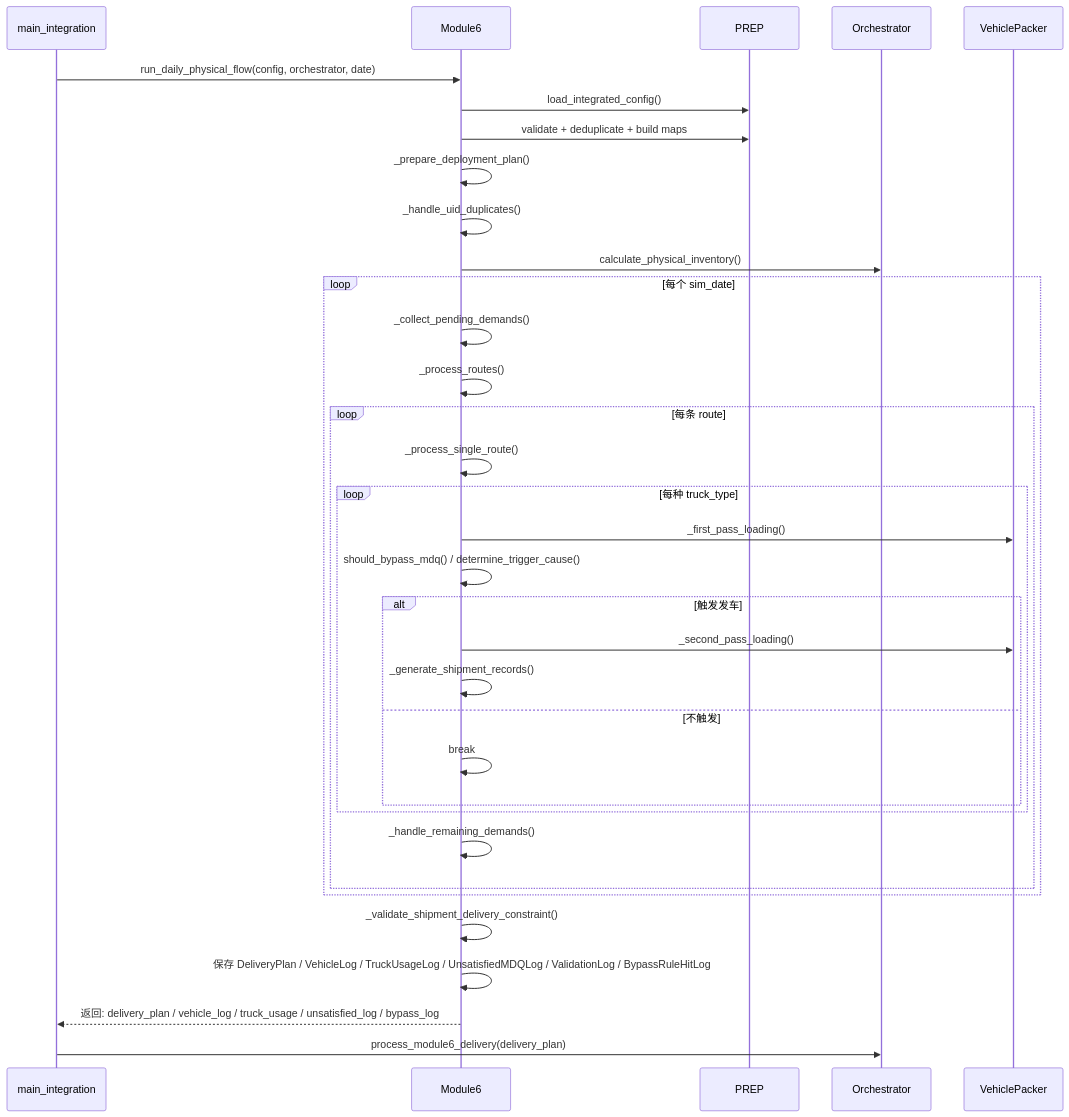
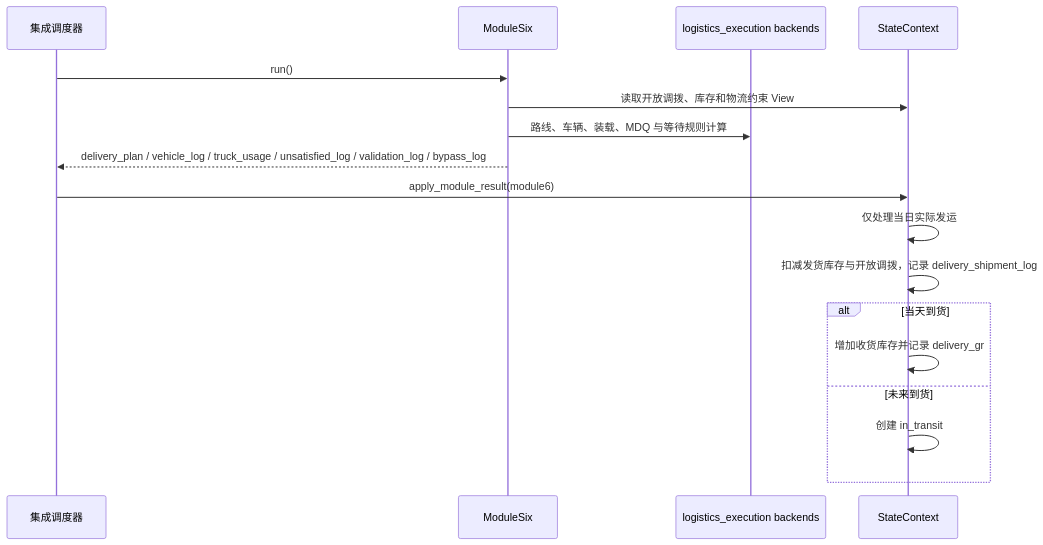
The seventh of 9 diagrams in docs/architecture/module_sequence_diagrams.md (senzhang-ps/chainsight), drawn with Mermaid before and after one commit. The commit also changed other lines of this file and 14 other files, not shown here.

````diff
--- a/docs/architecture/module_sequence_diagrams.md
+++ b/docs/architecture/module_sequence_diagrams.md
@@ -246,42 +214,20 @@
 ```mermaid
 sequenceDiagram
-    participant MAIN as main_integration
-    participant M6 as Module6
-    participant PREP as PREP
-    participant ORC as Orchestrator
-    participant PACK as VehiclePacker
+    participant I as 集成调度器
+    participant M6 as ModuleSix
+    participant B as logistics_execution backends
+    participant S as StateContext
 
-    MAIN->>M6: run_daily_physical_flow(config, orchestrator, date)
-    M6->>PREP: load_integrated_config()
-    M6->>PREP: validate + deduplicate + build maps
-    M6->>M6: _prepare_deployment_plan()
-    M6->>M6: _handle_uid_duplicates()
-    M6->>ORC: calculate_physical_inventory()
-
-    loop 每个 sim_date
-        M6->>M6: _collect_pending_demands()
-        M6->>M6: _process_routes()
-
-        loop 每条 route
-            M6->>M6: _process_single_route()
-
-            loop 每种 truck_type
-                M6->>PACK: _first_pass_loading()
-                M6->>M6: should_bypass_mdq() / determine_trigger_cause()
-                alt 触发发车
-                    M6->>PACK: _second_pass_loading()
-                    M6->>M6: _generate_shipment_records()
-                else 不触发
-                    M6->>M6: break
-                end
-            end
-
-            M6->>M6: _handle_remaining_demands()
-        end
+    I->>M6: run()
+    M6->>S: 读取开放调拨、库存和物流约束 View
+    M6->>B: 路线、车辆、装载、MDQ 与等待规则计算
+    M6-->>I: delivery_plan / vehicle_log / truck_usage / unsatisfied_log / validation_log / bypass_log
+    I->>S: apply_module_result(module6)
+    S->>S: 仅处理当日实际发运
+    S->>S: 扣减发货库存与开放调拨，记录 delivery_shipment_log
+    alt 当天到货
+        S->>S: 增加收货库存并记录 delivery_gr
+    else 未来到货
+        S->>S: 创建 in_transit
     end
-
-    M6->>M6: _validate_shipment_delivery_constraint()
-    M6->>M6: 保存 DeliveryPlan / VehicleLog / TruckUsageLog / UnsatisfiedMDQLog / ValidationLog / BypassRuleHitLog
-    M6-->>MAIN: 返回: delivery_plan / vehicle_log / truck_usage / unsatisfied_log / bypass_log
-    MAIN->>ORC: process_module6_delivery(delivery_plan)
 ```
````
